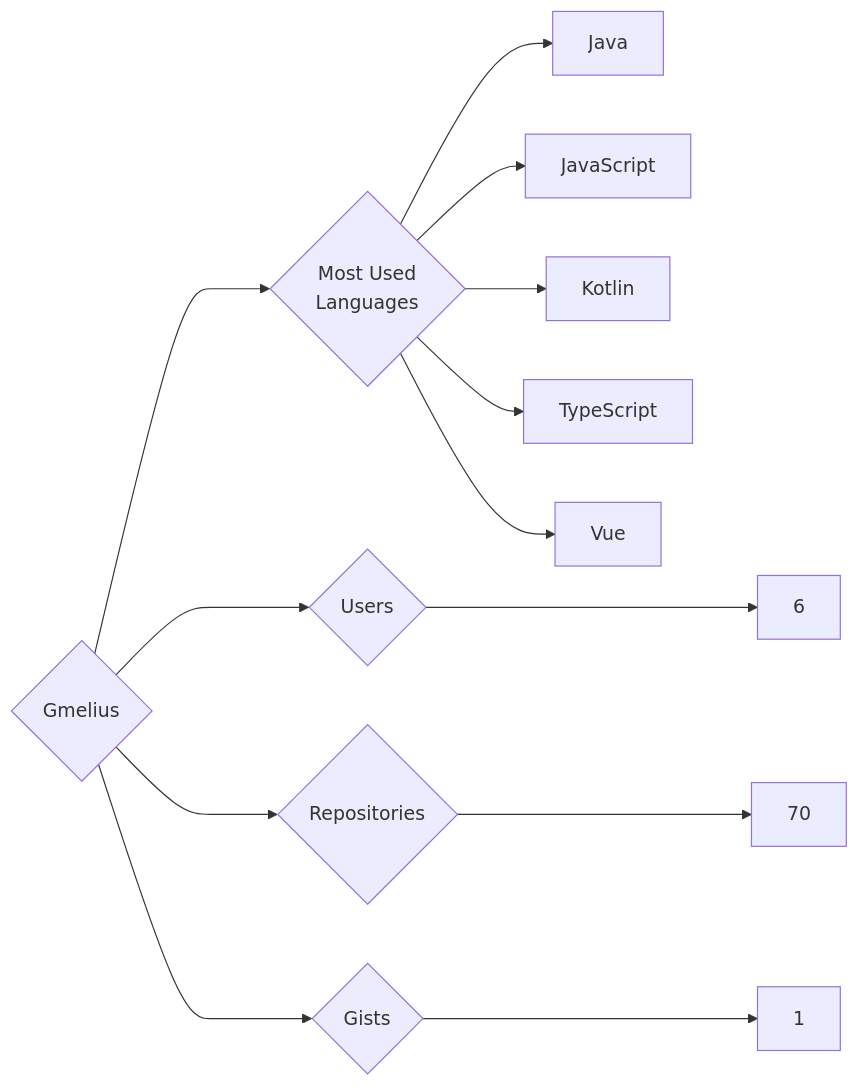
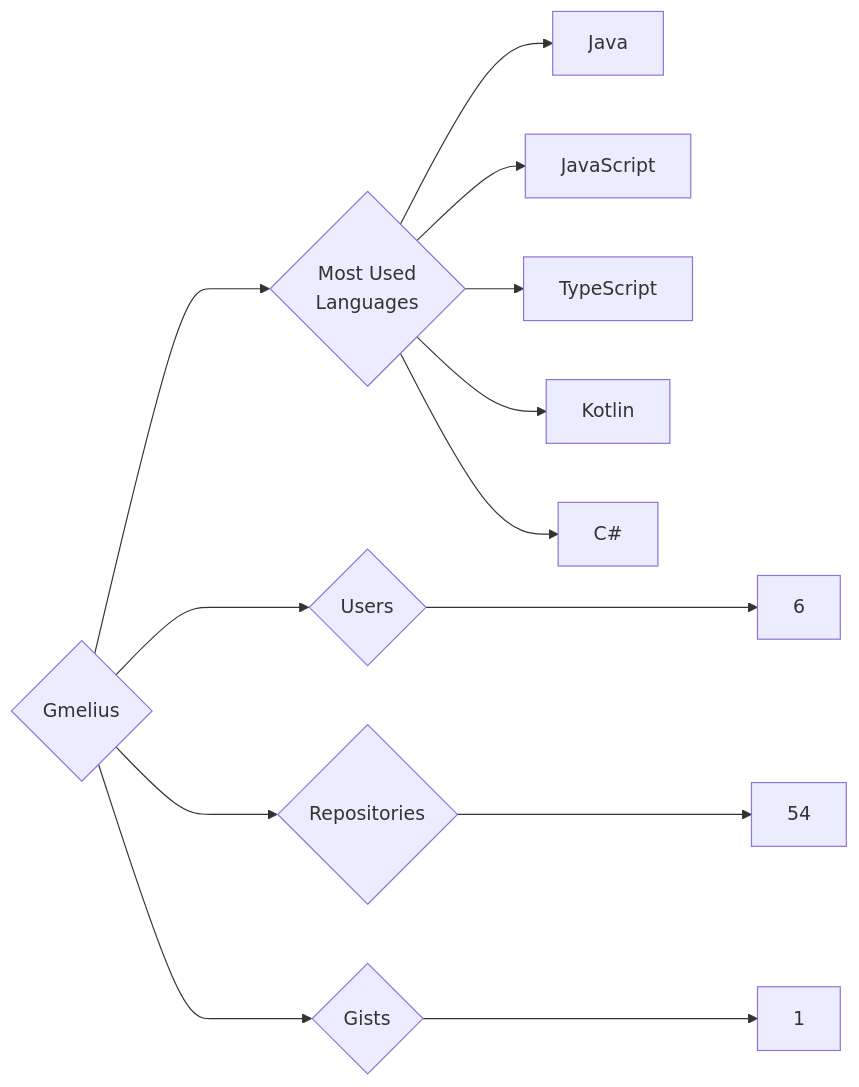
One commit to trickest/insiders changed the diagram in targets/Gmelius/README.md. Above: the diagram before and after it, drawn with Mermaid. The commit also changed 752 other files, not shown here.

````diff
--- a/targets/Gmelius/README.md
+++ b/targets/Gmelius/README.md
@@ -3,13 +3,13 @@
 ```mermaid
 graph LR
 COMPANY_NAME{Gmelius}
 COMPANY_NAME ---> U{Users} ---> UN[6]
-COMPANY_NAME ---> R{Repositories} ---> RN[70]
+COMPANY_NAME ---> R{Repositories} ---> RN[54]
 COMPANY_NAME ---> G{Gists} ---> GN[1]
 COMPANY_NAME ---> ML{Most Used<br>Languages}
 ML --> Java[Java]
 ML --> JavaScript[JavaScript]
+ML --> TypeScript[TypeScript]
 ML --> Kotlin[Kotlin]
-ML --> TypeScript[TypeScript]
-ML --> Vue[Vue]
+ML --> C#[C#]
 ```
````
